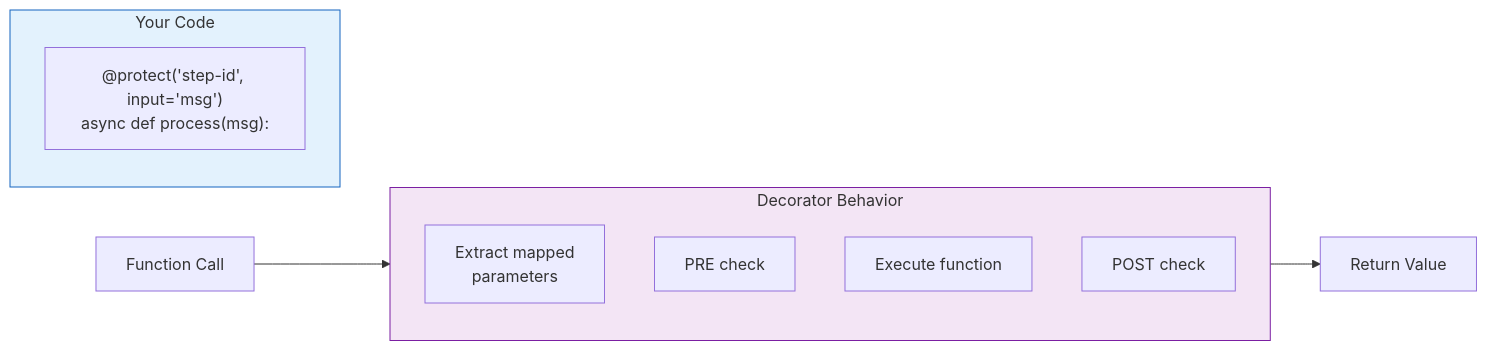
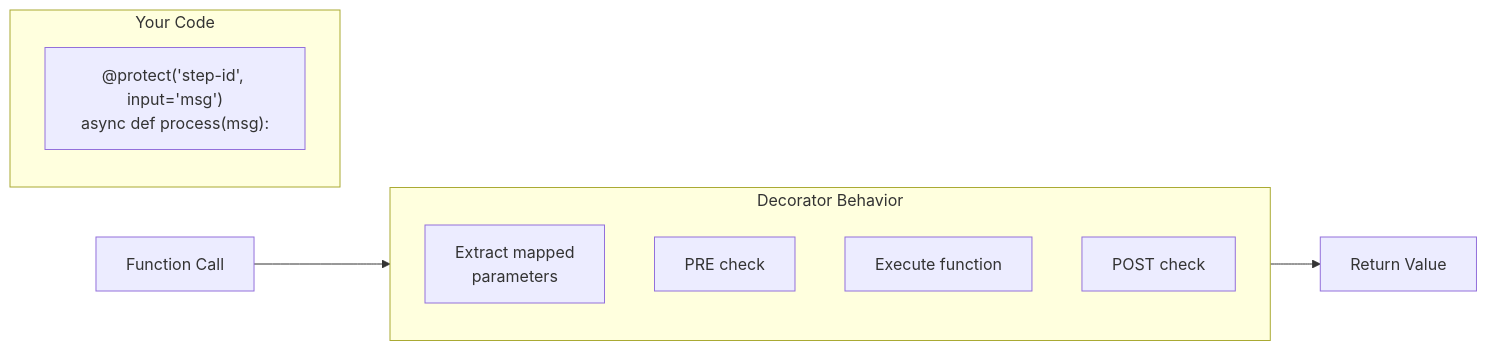
The first of 11 diagrams in diagrams/08-protect-decorator-flow.md (agentcontrol/agent-control), drawn with Mermaid before and after one commit. The commit also changed other lines of this file and 9 other files, not shown here.

````diff
--- a/diagrams/08-protect-decorator-flow.md
+++ b/diagrams/08-protect-decorator-flow.md
@@ -7,19 +7,16 @@
 ```mermaid
 flowchart LR
     subgraph code["Your Code"]
         func["@protect('step-id', input='msg')<br/>async def process(msg):"]
     end
 
     subgraph decorator["Decorator Behavior"]
         extract["Extract mapped<br/>parameters"]
         pre["PRE check"]
         execute["Execute function"]
         post["POST check"]
     end
 
     call["Function Call"] --> decorator
     decorator --> result["Return Value"]
-
-    style code fill:#e3f2fd,stroke:#1565c0
-    style decorator fill:#f3e5f5,stroke:#7b1fa2
 ```
````
